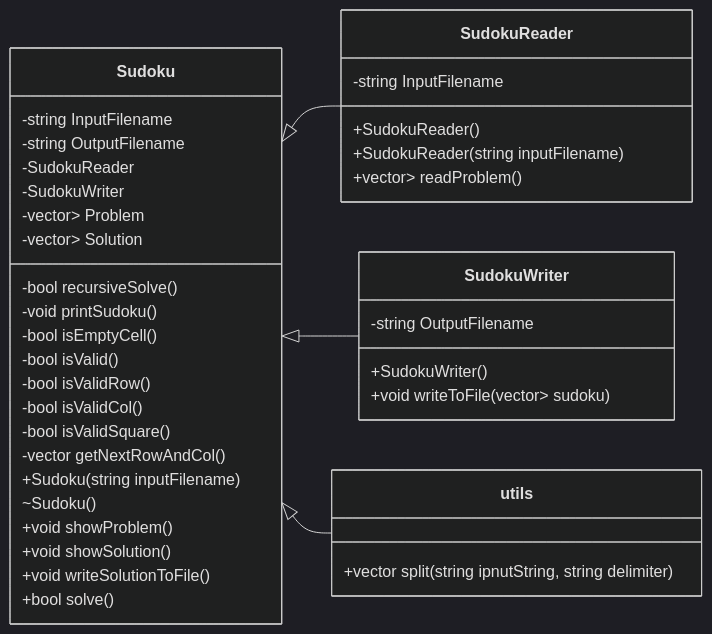
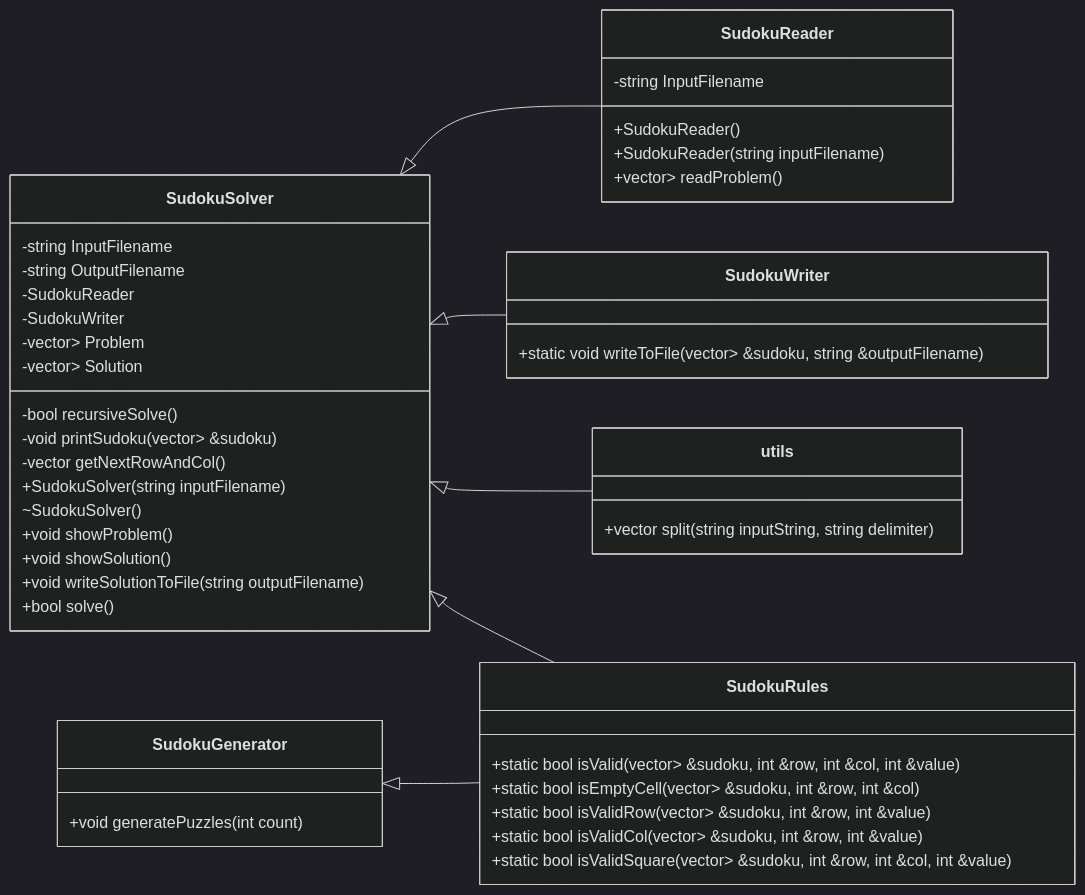
Before and after one commit to XDwightsBeetsX/sudoku: the diagram in docs/structure.md, drawn with Mermaid (dark theme). The commit also changed other lines of this file and 10 other files, not shown here.

````diff
--- a/docs/structure.md
+++ b/docs/structure.md
@@ -43,48 +65,56 @@
 ```mermaid
     classDiagram
         direction LR
-        Sudoku <|-- SudokuReader
-        Sudoku <|-- SudokuWriter
-        Sudoku <|-- utils
+        SudokuSolver <|-- SudokuReader
+        SudokuSolver <|-- SudokuWriter
+        SudokuSolver <|-- utils
+        SudokuSolver <|-- SudokuRules
+        SudokuGenerator <|-- SudokuRules
+        
 
-        class Sudoku {
+        class SudokuSolver {
             -string InputFilename
             -string OutputFilename
             -SudokuReader
             -SudokuWriter
             -vector<vector<int>> Problem
             -vector<vector<int>> Solution
             -bool recursiveSolve()
-            -void printSudoku()
-            -bool isEmptyCell()
-            -bool isValid()
-            -bool isValidRow()
-            -bool isValidCol()
-            -bool isValidSquare()
+            -void printSudoku(vector<vector<int>> &sudoku)
             -vector<int> getNextRowAndCol()
             
-            +Sudoku(string inputFilename)
-            ~Sudoku()
+            +SudokuSolver(string inputFilename)
+            ~SudokuSolver()
             +void showProblem()
             +void showSolution()
-            +void writeSolutionToFile()
+            +void writeSolutionToFile(string outputFilename)
             +bool solve()
         }
-
+        
         class SudokuReader {
             -string InputFilename
             +SudokuReader()
             +SudokuReader(string inputFilename)
             +vector<vector<int>> readProblem()
         }
 
         class SudokuWriter {
-            -string OutputFilename
-            +SudokuWriter()
-            +void writeToFile(vector<vector<int>> sudoku)
+            +static void writeToFile(vector<vector<int>> &sudoku, string &outputFilename)
+        }
+
+        class SudokuRules {
+            +static bool isValid(vector<vector<int>> &sudoku, int &row, int &col, int &value)
+            +static bool isEmptyCell(vector<vector<int>> &sudoku, int &row, int &col)
+            +static bool isValidRow(vector<vector<int>> &sudoku, int &row, int &value)
+            +static bool isValidCol(vector<vector<int>> &sudoku, int &row, int &value)
+            +static bool isValidSquare(vector<vector<int>> &sudoku, int &row, int &col, int &value)
+        }
+
+        class SudokuGenerator {
+            +void generatePuzzles(int count)
         }
 
         class utils {
-            +vector<string> split(string ipnutString, string delimiter)
+            +vector<string> split(string inputString, string delimiter)
         }
 ```
````
